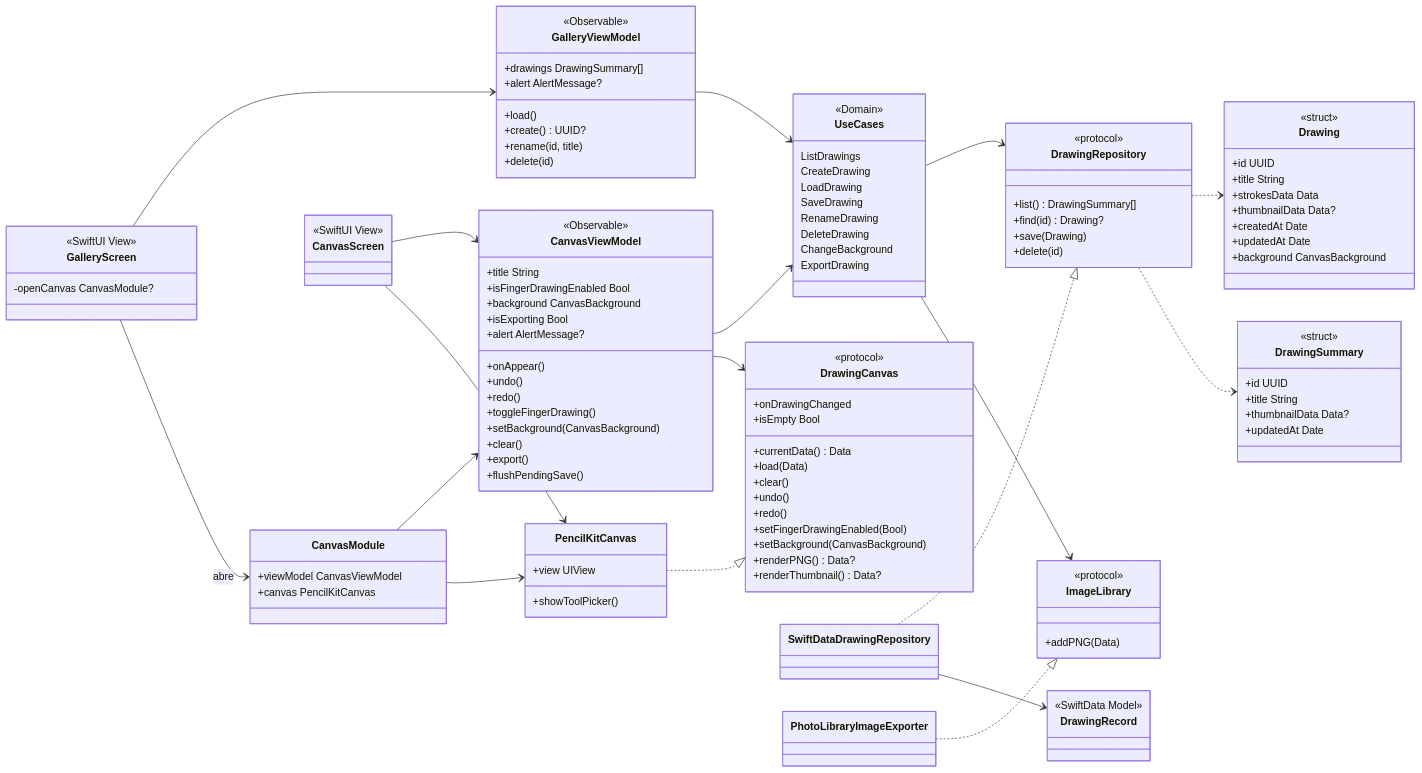
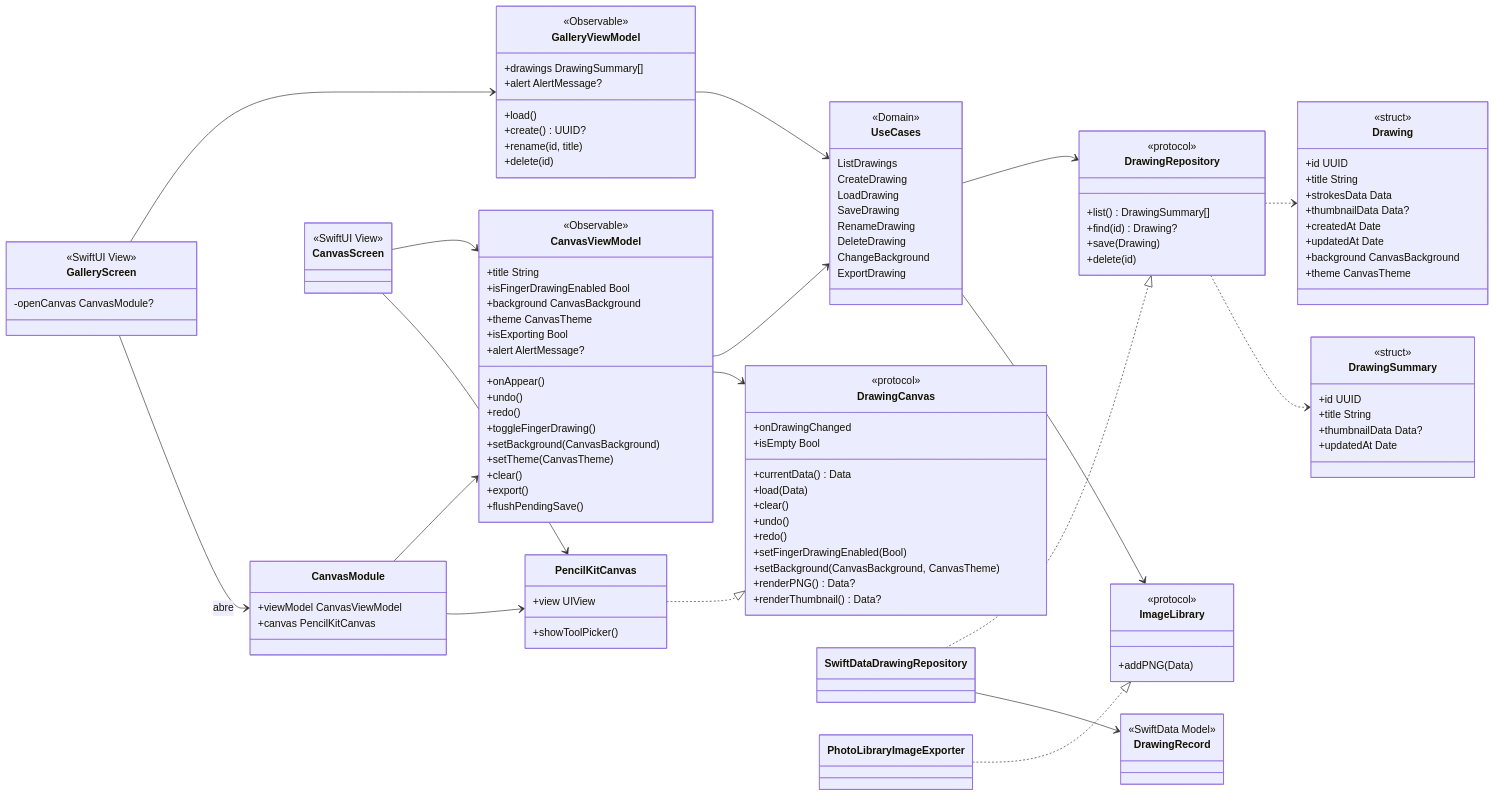
The second of 9 diagrams in docs/arquitectura.md (jhonjairo6230/DrawPad), drawn with Mermaid before and after one commit. The commit also changed other lines of this file and 21 other files, not shown here.

```diff
--- a/docs/arquitectura.md
+++ b/docs/arquitectura.md
@@ -167,6 +168,7 @@
         +title String
         +isFingerDrawingEnabled Bool
         +background CanvasBackground
+        +theme CanvasTheme
         +isExporting Bool
         +alert AlertMessage?
         +onAppear()
@@ -174,6 +176,7 @@
         +redo()
         +toggleFingerDrawing()
         +setBackground(CanvasBackground)
+        +setTheme(CanvasTheme)
         +clear()
         +export()
         +flushPendingSave()
@@ -188,7 +191,7 @@
         +undo()
         +redo()
         +setFingerDrawingEnabled(Bool)
-        +setBackground(CanvasBackground)
+        +setBackground(CanvasBackground, CanvasTheme)
         +renderPNG() Data?
         +renderThumbnail() Data?
     }
@@ -227,6 +230,7 @@
         +createdAt Date
         +updatedAt Date
         +background CanvasBackground
+        +theme CanvasTheme
     }
     class DrawingSummary {
         <<struct>>
```
